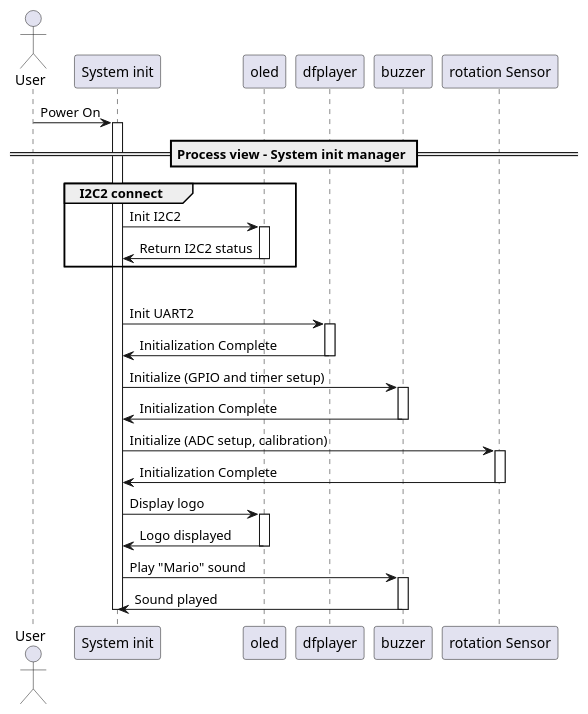
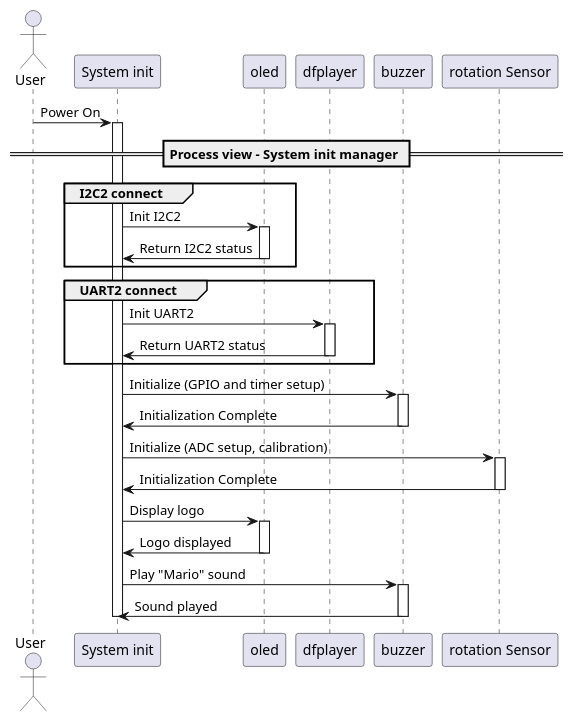
One commit to toannguyentien-itr-intern/MP3_Player changed the diagram in Documents/Seqence_diagram/Initialzation.wsd. Above: the diagram before and after it, drawn with PlantUML.

Commit message:
Update: Optimize the group UART2  connect

```diff
--- a/Documents/Seqence_diagram/Initialzation.wsd
+++ b/Documents/Seqence_diagram/Initialzation.wsd
@@ -1,49 +1,51 @@
 @startuml Initialization
 
 actor User
 participant "System init"   as    MainSystem
 participant OLED            as    "oled"
 participant DFPlayer        as    "dfplayer"
 participant Buzzer          as    "buzzer"
 participant RotationSensor  as    "rotation Sensor" 
 
 User -> MainSystem: Power On
 activate MainSystem
 
 == Process view - System init manager ==
 
 group I2C2 connect
 MainSystem -> OLED: Init I2C2 
 activate OLED
 OLED -> MainSystem: Return I2C2 status
 deactivate OLED
 end
 
 group UART2 connect
 MainSystem -> DFPlayer: Init UART2
 activate DFPlayer
-DFPlayer -> MainSystem: Initialization Complete
+DFPlayer -> MainSystem: Return UART2 status
 deactivate DFPlayer
+end
+
 
 MainSystem -> Buzzer: Initialize (GPIO and timer setup)
 activate Buzzer
 Buzzer -> MainSystem: Initialization Complete
 deactivate Buzzer
 
 MainSystem -> RotationSensor: Initialize (ADC setup, calibration)
 activate RotationSensor
 RotationSensor -> MainSystem: Initialization Complete
 deactivate RotationSensor
 
 MainSystem -> OLED: Display logo
 activate OLED
 OLED -> MainSystem: Logo displayed
 deactivate OLED
 
 MainSystem -> Buzzer: Play "Mario" sound
 activate Buzzer
 Buzzer -> MainSystem: Sound played
 deactivate Buzzer
 
 deactivate MainSystem
 @enduml
```
